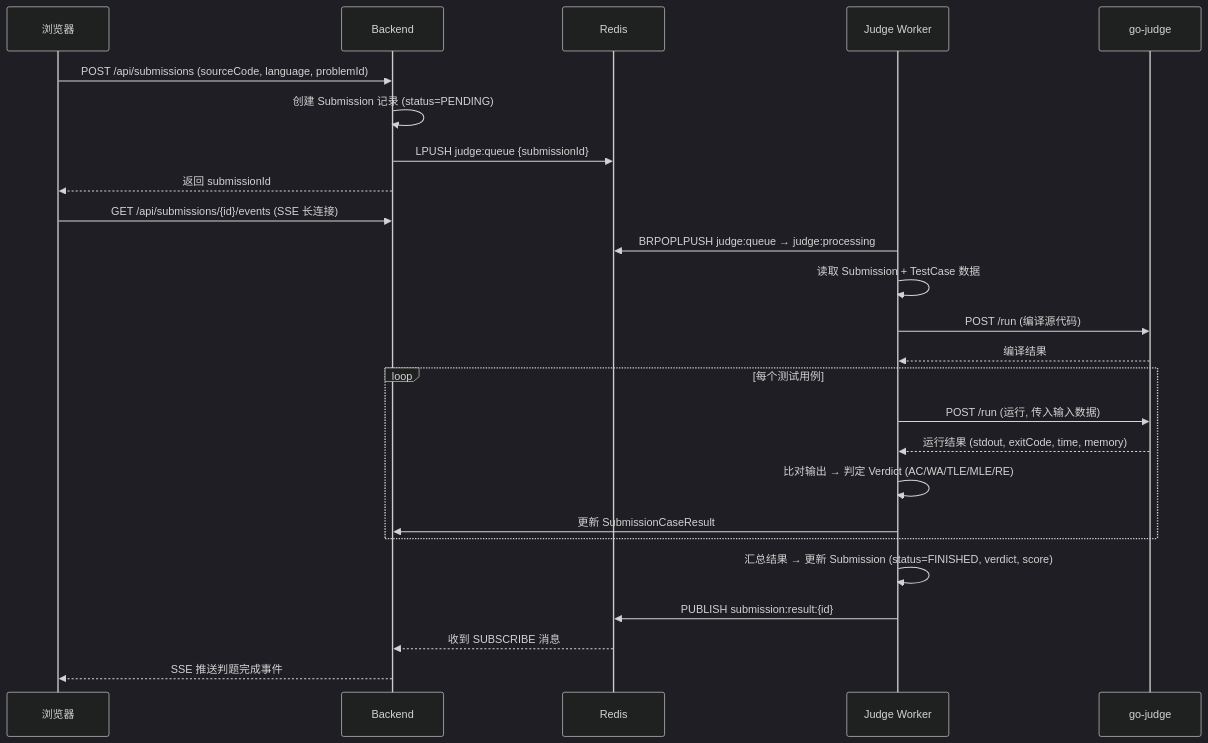
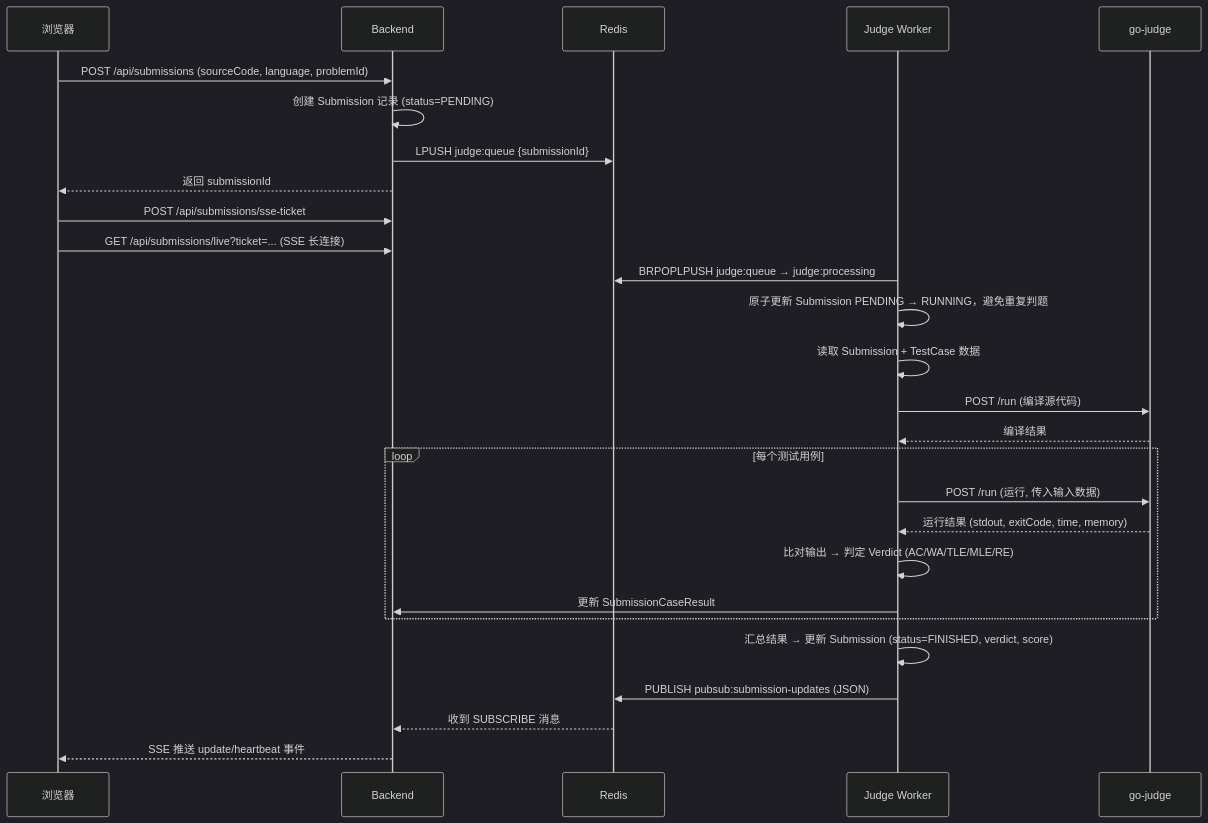
The second of 4 diagrams in docs/ARCHITECTURE.md (Aemeath233/local-oj), drawn with Mermaid (dark theme) before and after one commit. The commit also changed other lines of this file and 292 other files, not shown here.

````diff
--- a/docs/ARCHITECTURE.md
+++ b/docs/ARCHITECTURE.md
@@ -61,32 +61,34 @@
 ```mermaid
 sequenceDiagram
     participant U as 浏览器
     participant B as Backend
     participant R as Redis
     participant W as Judge Worker
     participant G as go-judge
 
     U->>B: POST /api/submissions (sourceCode, language, problemId)
     B->>B: 创建 Submission 记录 (status=PENDING)
     B->>R: LPUSH judge:queue {submissionId}
     B-->>U: 返回 submissionId
 
-    U->>B: GET /api/submissions/{id}/events (SSE 长连接)
+    U->>B: POST /api/submissions/sse-ticket
+    U->>B: GET /api/submissions/live?ticket=... (SSE 长连接)
 
     W->>R: BRPOPLPUSH judge:queue → judge:processing
+    W->>W: 原子更新 Submission PENDING → RUNNING，避免重复判题
     W->>W: 读取 Submission + TestCase 数据
     W->>G: POST /run (编译源代码)
     G-->>W: 编译结果
 
     loop 每个测试用例
         W->>G: POST /run (运行, 传入输入数据)
         G-->>W: 运行结果 (stdout, exitCode, time, memory)
         W->>W: 比对输出 → 判定 Verdict (AC/WA/TLE/MLE/RE)
         W->>B: 更新 SubmissionCaseResult
     end
 
     W->>W: 汇总结果 → 更新 Submission (status=FINISHED, verdict, score)
-    W->>R: PUBLISH submission:result:{id}
+    W->>R: PUBLISH pubsub:submission-updates (JSON)
     R-->>B: 收到 SUBSCRIBE 消息
-    B-->>U: SSE 推送判题完成事件
+    B-->>U: SSE 推送 update/heartbeat 事件
 ```
````
